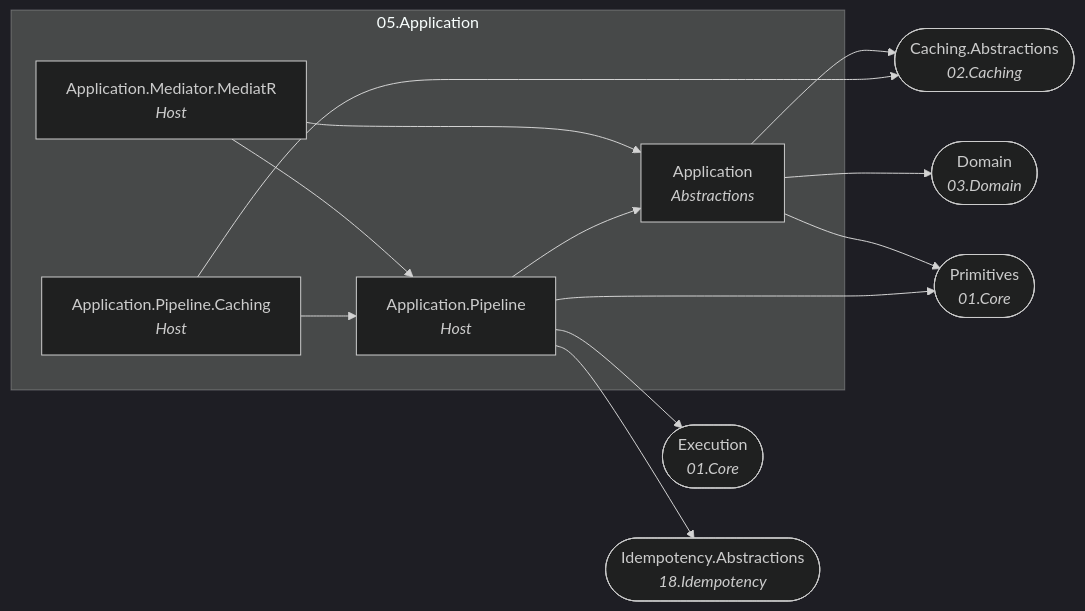
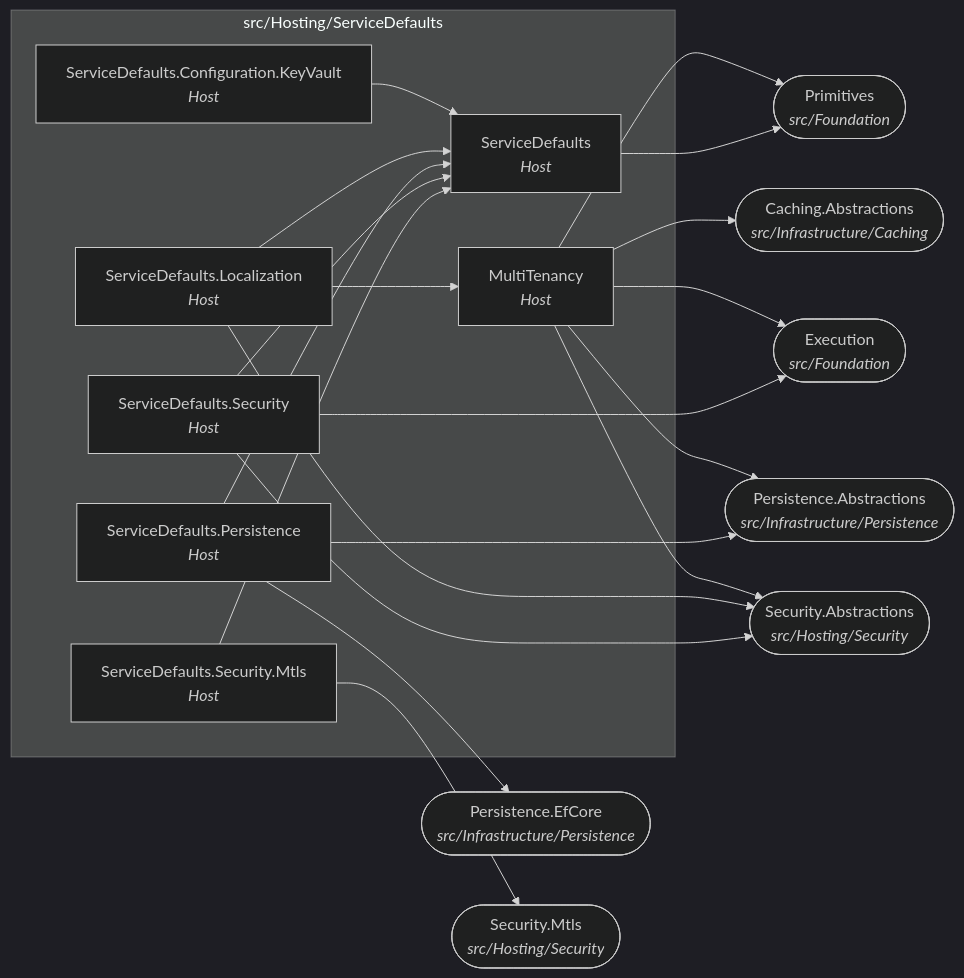
Before and after one commit to Gresta-Vertex-Labs/platform-shared-kernel: the sixth of 22 diagrams in docs/dependency-graph.md, drawn with Mermaid (dark theme). The commit also changed other lines of this file and 4053 other files, not shown here.

````diff
--- a/docs/dependency-graph.md
+++ b/docs/dependency-graph.md
@@ -214,25 +238,37 @@
 ```mermaid
 flowchart LR
-  subgraph folder_05_Application["05.Application"]
-    SharedKernel_Application["Application<br/><i>Abstractions</i>"]
-    SharedKernel_Application_Mediator_MediatR["Application.Mediator.MediatR<br/><i>Host</i>"]
-    SharedKernel_Application_Pipeline["Application.Pipeline<br/><i>Host</i>"]
-    SharedKernel_Application_Pipeline_Caching["Application.Pipeline.Caching<br/><i>Host</i>"]
+  subgraph folder_src_Hosting_ServiceDefaults["src/Hosting/ServiceDefaults"]
+    SharedKernel_MultiTenancy["MultiTenancy<br/><i>Host</i>"]
+    SharedKernel_ServiceDefaults["ServiceDefaults<br/><i>Host</i>"]
+    SharedKernel_ServiceDefaults_Configuration_KeyVault["ServiceDefaults.Configuration.KeyVault<br/><i>Host</i>"]
+    SharedKernel_ServiceDefaults_Localization["ServiceDefaults.Localization<br/><i>Host</i>"]
+    SharedKernel_ServiceDefaults_Persistence["ServiceDefaults.Persistence<br/><i>Host</i>"]
+    SharedKernel_ServiceDefaults_Security["ServiceDefaults.Security<br/><i>Host</i>"]
+    SharedKernel_ServiceDefaults_Security_Mtls["ServiceDefaults.Security.Mtls<br/><i>Host</i>"]
   end
-  SharedKernel_Caching_Abstractions(["Caching.Abstractions<br/><i>02.Caching</i>"])
-  SharedKernel_Domain(["Domain<br/><i>03.Domain</i>"])
-  SharedKernel_Execution(["Execution<br/><i>01.Core</i>"])
-  SharedKernel_Idempotency_Abstractions(["Idempotency.Abstractions<br/><i>18.Idempotency</i>"])
-  SharedKernel_Primitives(["Primitives<br/><i>01.Core</i>"])
-  SharedKernel_Application --> SharedKernel_Caching_Abstractions
-  SharedKernel_Application --> SharedKernel_Domain
-  SharedKernel_Application --> SharedKernel_Primitives
-  SharedKernel_Application_Mediator_MediatR --> SharedKernel_Application
-  SharedKernel_Application_Mediator_MediatR --> SharedKernel_Application_Pipeline
-  SharedKernel_Application_Pipeline --> SharedKernel_Application
-  SharedKernel_Application_Pipeline --> SharedKernel_Execution
-  SharedKernel_Application_Pipeline --> SharedKernel_Idempotency_Abstractions
-  SharedKernel_Application_Pipeline --> SharedKernel_Primitives
-  SharedKernel_Application_Pipeline_Caching --> SharedKernel_Application_Pipeline
-  SharedKernel_Application_Pipeline_Caching --> SharedKernel_Caching_Abstractions
+  SharedKernel_Caching_Abstractions(["Caching.Abstractions<br/><i>src/Infrastructure/Caching</i>"])
+  SharedKernel_Execution(["Execution<br/><i>src/Foundation</i>"])
+  SharedKernel_Persistence_Abstractions(["Persistence.Abstractions<br/><i>src/Infrastructure/Persistence</i>"])
+  SharedKernel_Persistence_EfCore(["Persistence.EfCore<br/><i>src/Infrastructure/Persistence</i>"])
+  SharedKernel_Primitives(["Primitives<br/><i>src/Foundation</i>"])
+  SharedKernel_Security_Abstractions(["Security.Abstractions<br/><i>src/Hosting/Security</i>"])
+  SharedKernel_Security_Mtls(["Security.Mtls<br/><i>src/Hosting/Security</i>"])
+  SharedKernel_MultiTenancy --> SharedKernel_Caching_Abstractions
+  SharedKernel_MultiTenancy --> SharedKernel_Execution
+  SharedKernel_MultiTenancy --> SharedKernel_Persistence_Abstractions
+  SharedKernel_MultiTenancy --> SharedKernel_Primitives
+  SharedKernel_MultiTenancy --> SharedKernel_Security_Abstractions
+  SharedKernel_ServiceDefaults --> SharedKernel_Primitives
+  SharedKernel_ServiceDefaults_Configuration_KeyVault --> SharedKernel_ServiceDefaults
+  SharedKernel_ServiceDefaults_Localization --> SharedKernel_MultiTenancy
+  SharedKernel_ServiceDefaults_Localization --> SharedKernel_Security_Abstractions
+  SharedKernel_ServiceDefaults_Localization --> SharedKernel_ServiceDefaults
+  SharedKernel_ServiceDefaults_Persistence --> SharedKernel_Persistence_Abstractions
+  SharedKernel_ServiceDefaults_Persistence --> SharedKernel_Persistence_EfCore
+  SharedKernel_ServiceDefaults_Persistence --> SharedKernel_ServiceDefaults
+  SharedKernel_ServiceDefaults_Security --> SharedKernel_Execution
+  SharedKernel_ServiceDefaults_Security --> SharedKernel_Security_Abstractions
+  SharedKernel_ServiceDefaults_Security --> SharedKernel_ServiceDefaults
+  SharedKernel_ServiceDefaults_Security_Mtls --> SharedKernel_Security_Mtls
+  SharedKernel_ServiceDefaults_Security_Mtls --> SharedKernel_ServiceDefaults
 ```
````
